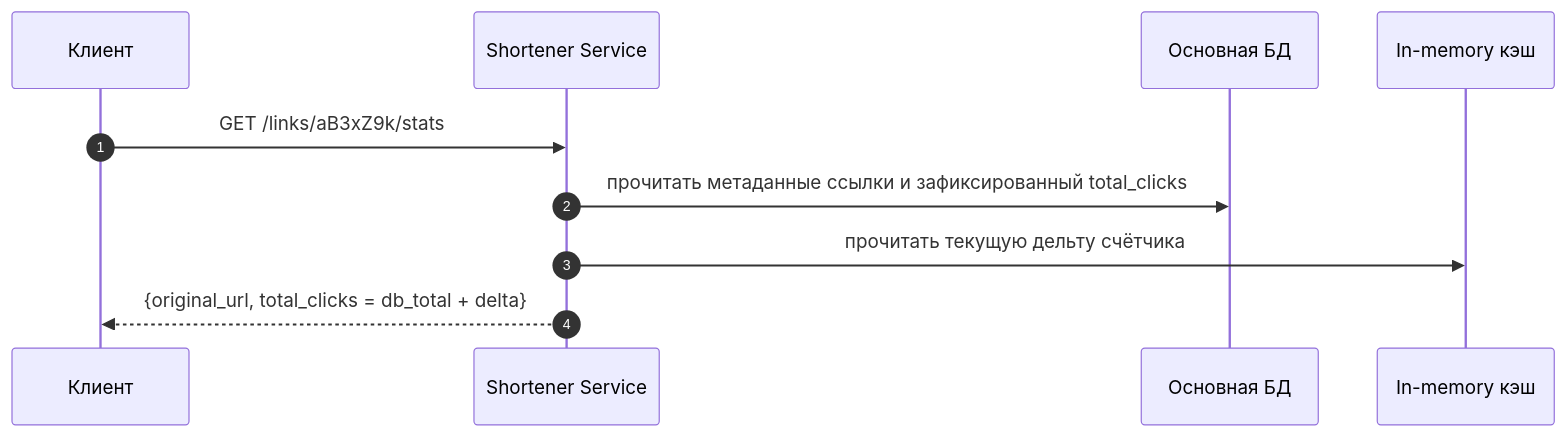
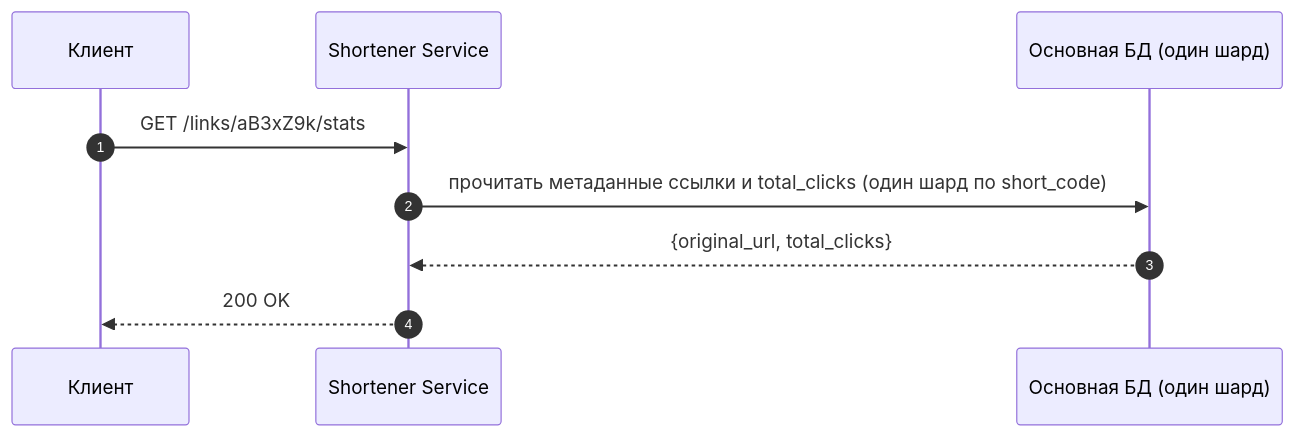
The ninth of 9 diagrams in README.md (f1yToMoon/url_shortener), drawn with Mermaid before and after one commit. The commit also changed other lines of this file, not shown here.

````diff
--- a/README.md
+++ b/README.md
@@ -462,13 +479,12 @@
 ```mermaid
 sequenceDiagram
   autonumber
   participant C as Клиент
   participant S as Shortener Service
-  participant DB as Основная БД
-  participant KV as In-memory кэш
+  participant DB as Основная БД (один шард)
 
   C->>S: GET /links/aB3xZ9k/stats
-  S->>DB: прочитать метаданные ссылки и зафиксированный total_clicks
-  S->>KV: прочитать текущую дельту счётчика
-  S-->>C: {original_url, total_clicks = db_total + delta}
+  S->>DB: прочитать метаданные ссылки и total_clicks (один шард по short_code)
+  DB-->>S: {original_url, total_clicks}
+  S-->>C: 200 OK
 ```
````
